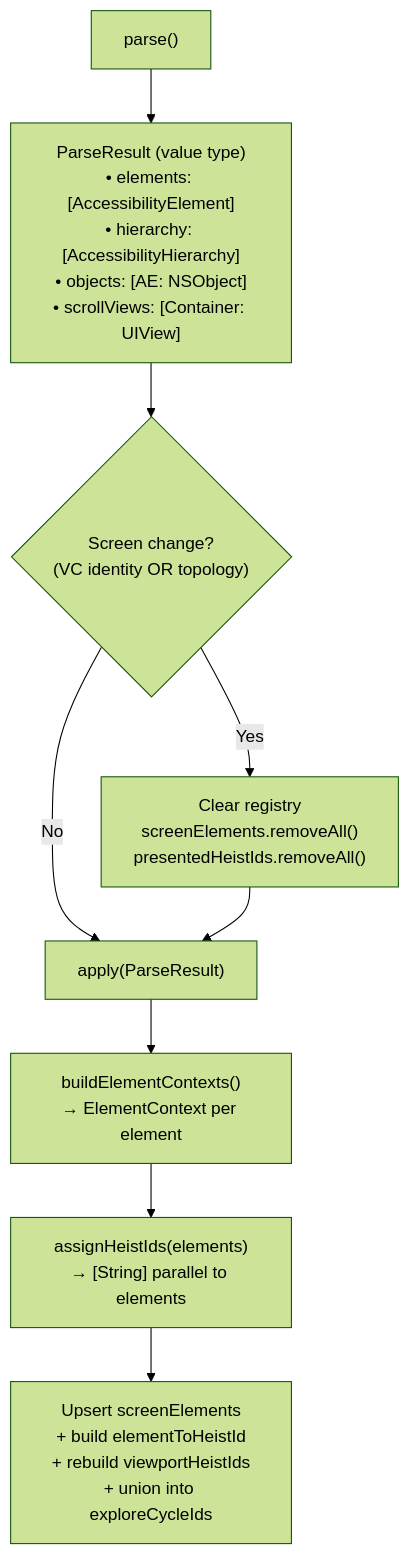
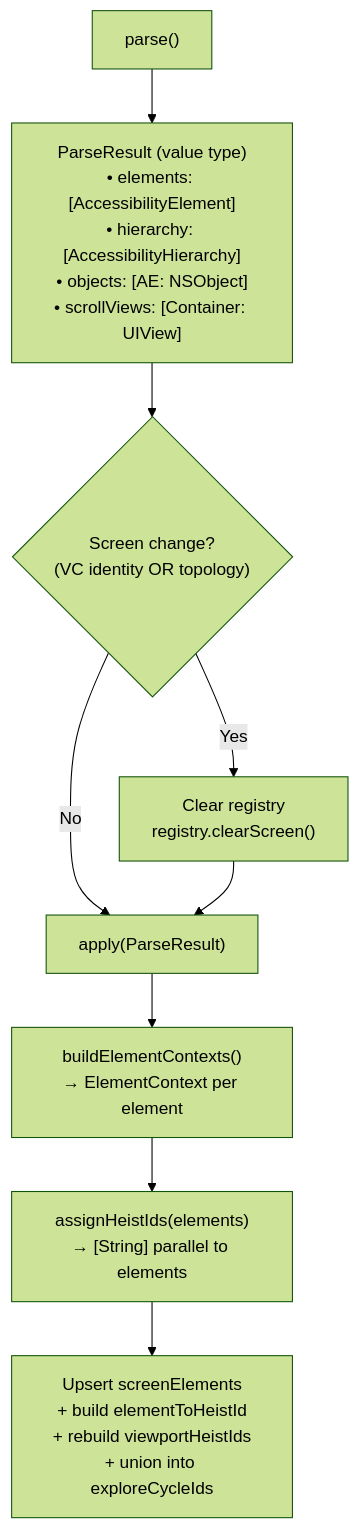
One commit to RoyalPineapple/TheButtonHeist changed the third of 7 diagrams in docs/dossiers/13-THEBAGMAN.md. Above: the diagram before and after it, drawn with Mermaid (forest theme). The commit also changed other lines of this file and 25 other files, not shown here.

````diff
--- a/docs/dossiers/13-THEBAGMAN.md
+++ b/docs/dossiers/13-THEBAGMAN.md
@@ -118,13 +117,13 @@
 ```mermaid
 flowchart TD
     Parse["parse()"] --> PR["ParseResult (value type)<br/>• elements: [AccessibilityElement]<br/>• hierarchy: [AccessibilityHierarchy]<br/>• objects: [AE: NSObject]<br/>• scrollViews: [Container: UIView]"]
 
     PR --> Detect{"Screen change?<br/>(VC identity OR topology)"}
-    Detect -->|Yes| Clear["Clear registry<br/>screenElements.removeAll()<br/>presentedHeistIds.removeAll()"]
+    Detect -->|Yes| Clear["Clear registry<br/>registry.clearScreen()"]
     Detect -->|No| Apply
 
     Clear --> Apply["apply(ParseResult)"]
     Apply --> Walk["buildElementContexts()<br/>→ ElementContext per element"]
     Walk --> IDs["assignHeistIds(elements)<br/>→ [String] parallel to elements"]
     IDs --> Upsert["Upsert screenElements<br/>+ build elementToHeistId<br/>+ rebuild viewportHeistIds<br/>+ union into exploreCycleIds"]
 ```
````
